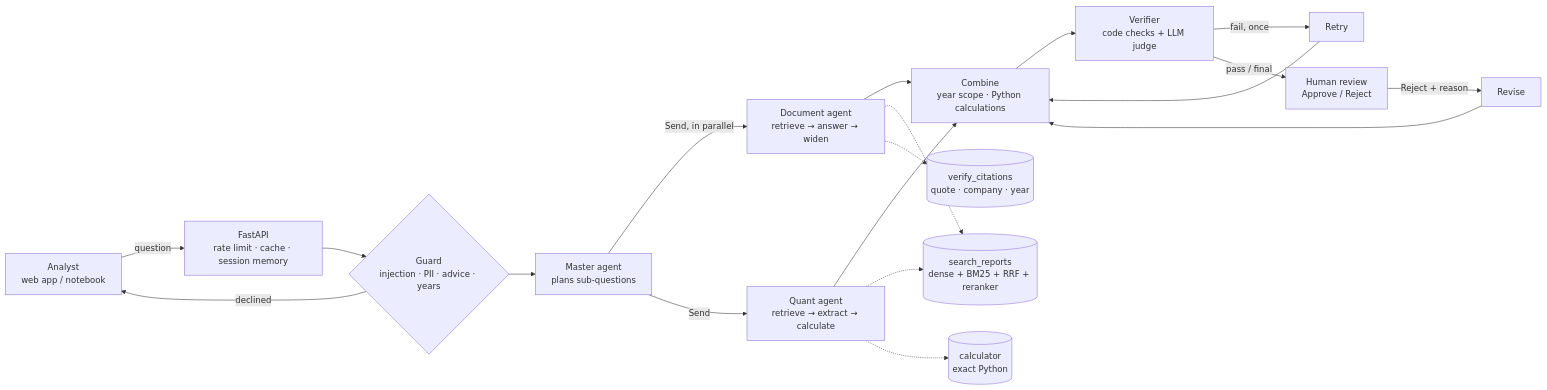
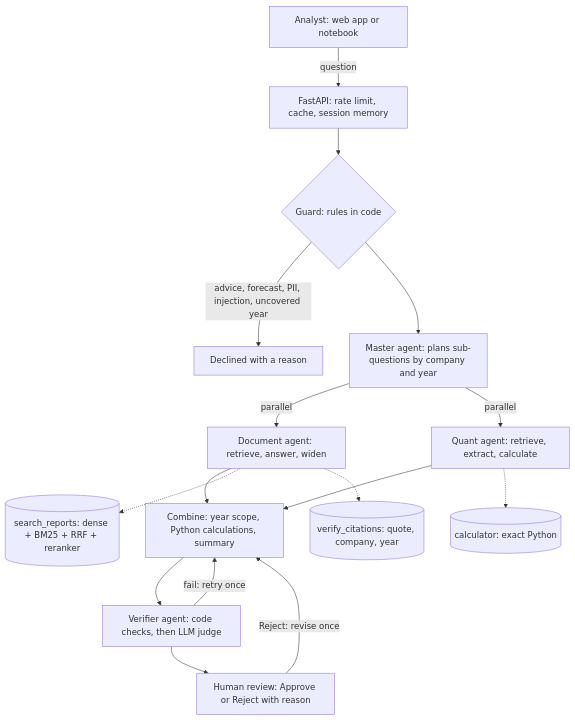
One commit to vivekru/CapstoneProject-InvestIQ-Advisor changed the diagram in InvestIQ-Advisor/README.md. Above: the diagram before and after it, drawn with Mermaid. The commit also changed other lines of this file, not shown here.

````diff
--- a/InvestIQ-Advisor/README.md
+++ b/InvestIQ-Advisor/README.md
@@ -9,17 +64,18 @@
 ```mermaid
-flowchart LR
-  U[Analyst<br/>web app / notebook] -->|question| API[FastAPI<br/>rate limit · cache · session memory]
-  API --> G{Guard<br/>injection · PII · advice · years}
-  G -->|declined| U
-  G --> M[Master agent<br/>plans sub-questions]
-  M -->|Send, in parallel| D[Document agent<br/>retrieve → answer → widen]
-  M -->|Send| Q[Quant agent<br/>retrieve → extract → calculate]
-  D & Q --> C[Combine<br/>year scope · Python calculations]
-  C --> V[Verifier<br/>code checks + LLM judge]
-  V -->|fail, once| R[Retry] --> C
-  V -->|pass / final| H[Human review<br/>Approve / Reject]
-  H -->|Reject + reason| RV[Revise] --> C
-  D & Q -.-> T1[(search_reports<br/>dense + BM25 + RRF + reranker)]
-  Q -.-> T2[(calculator<br/>exact Python)]
-  D -.-> T3[(verify_citations<br/>quote · company · year)]
+flowchart TD
+  U[Analyst: web app or notebook] -->|question| API[FastAPI: rate limit, cache, session memory]
+  API --> G{Guard: rules in code}
+  G -->|advice, forecast, PII, injection, uncovered year| X[Declined with a reason]
+  G --> M[Master agent: plans sub-questions by company and year]
+  M -->|parallel| D[Document agent: retrieve, answer, widen]
+  M -->|parallel| Q[Quant agent: retrieve, extract, calculate]
+  D --> C[Combine: year scope, Python calculations, summary]
+  Q --> C
+  C --> V[Verifier agent: code checks, then LLM judge]
+  V -->|fail: retry once| C
+  V --> H[Human review: Approve or Reject with reason]
+  H -->|Reject: revise once| C
+  D -.-> T1[(search_reports: dense + BM25 + RRF + reranker)]
+  Q -.-> T2[(calculator: exact Python)]
+  D -.-> T3[(verify_citations: quote, company, year)]
 ```
````
